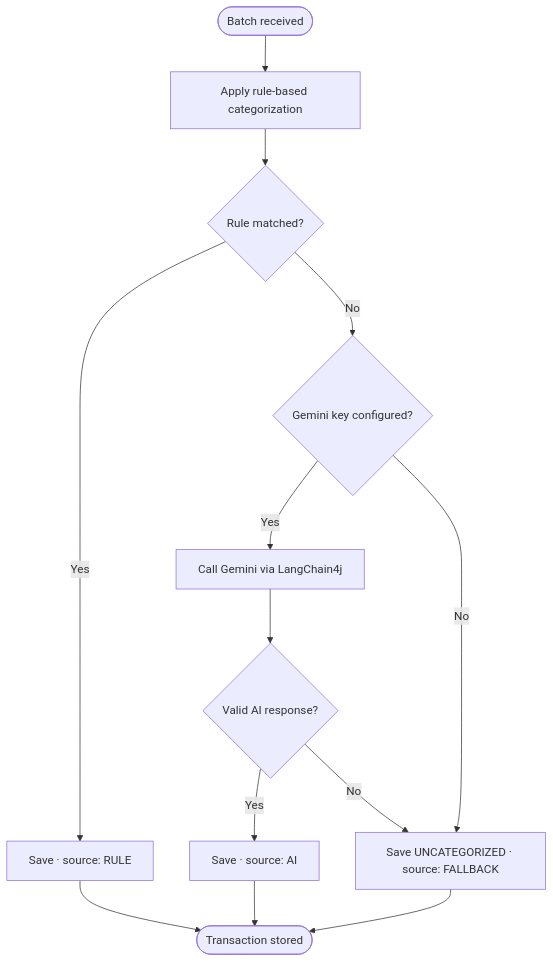
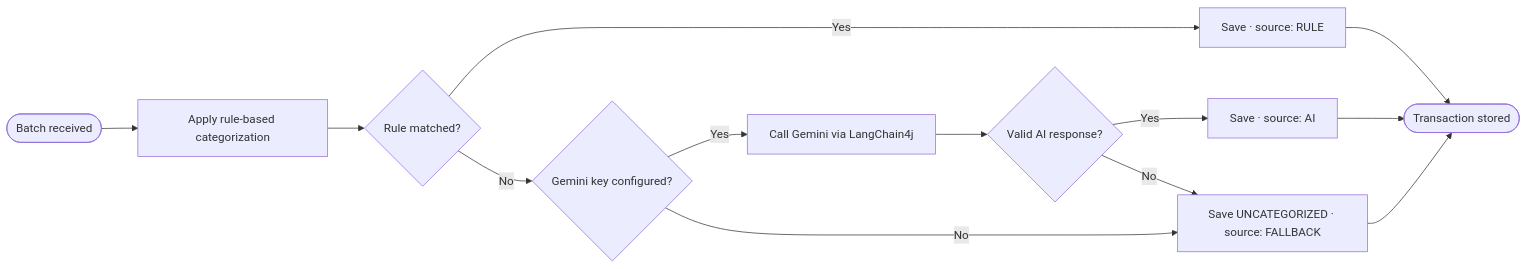
One commit to cauecalil/peculytics changed the third of 3 diagrams in README.md. Above: the diagram before and after it, drawn with Mermaid. The commit also changed other lines of this file, not shown here.

Commit message:
docs(readme): consolidate flow sections and update diagrams for processing flow improvements

````diff
--- a/README.md
+++ b/README.md
@@ -323,17 +284,17 @@
 ```mermaid
-flowchart TD
+flowchart LR
     batch([Batch received]) --> rules[Apply rule-based categorization]
     rules --> matched{Rule matched?}
  
     matched -->|Yes| saveRule[Save · source: RULE]
     matched -->|No| hasKey{Gemini key configured?}
  
     hasKey -->|Yes| gemini[Call Gemini via LangChain4j]
     hasKey -->|No| saveFallback[Save UNCATEGORIZED · source: FALLBACK]
  
     gemini --> valid{Valid AI response?}
     valid -->|Yes| saveAi[Save · source: AI]
     valid -->|No| saveFallback
  
     saveRule & saveAi & saveFallback --> done([Transaction stored])
 ```
````
